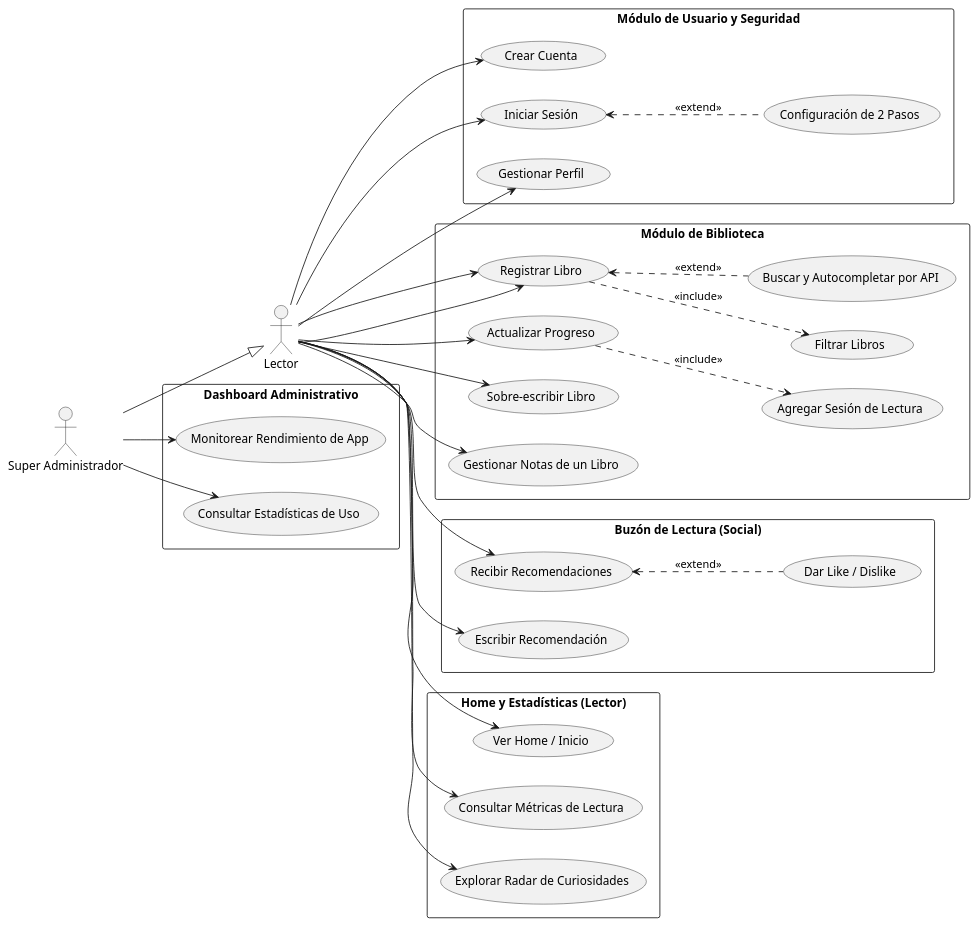
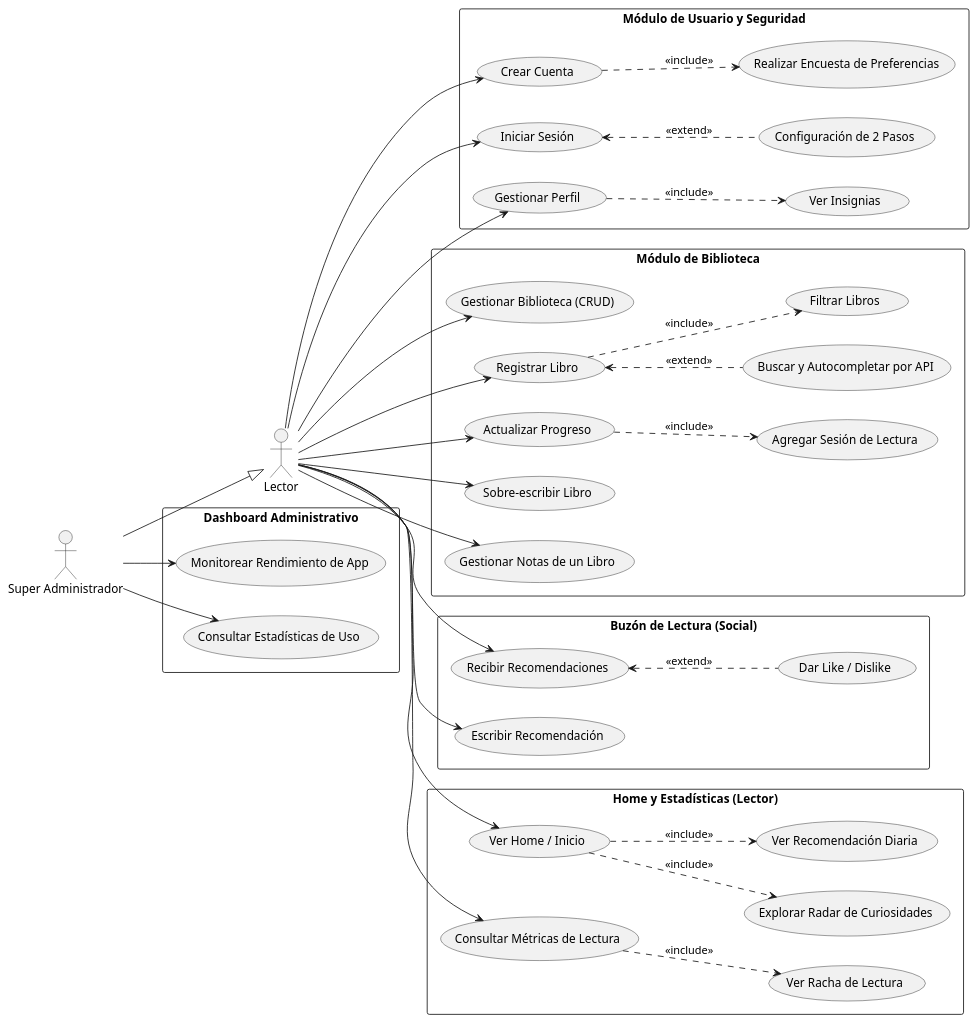
Before and after one commit to SoftFairies/documentacion: the diagram in diagramas/casos de uso/usecase.md, drawn with PlantUML. The commit also changed 2 other files, not shown here.

Commit message:
agregar la parte de los casos de uso

```diff
--- a/diagramas/casos de uso/usecase.md
+++ b/diagramas/casos de uso/usecase.md
@@ -5,33 +5,38 @@
 actor "Lector" as Lector
 actor "Super Administrador" as SuperAdmin
 
-' El Super Administrador puede hacer todo lo que hace el Lector
+' El Super Administrador hereda de Lector
 SuperAdmin --|> Lector
 
 package "Módulo de Usuario y Seguridad" {
     usecase "Crear Cuenta" as UC_User1
+    usecase "Realizar Encuesta de Preferencias" as UC_User_Pref
     usecase "Iniciar Sesión" as UC_User2
     usecase "Configuración de 2 Pasos" as UC_User3
     usecase "Gestionar Perfil" as UC_User4
+    usecase "Gestionar Perfil" as UC_User4
+    usecase "Ver Insignias" as UC_Gam_Insignias
 
     ' Relaciones
+    UC_User1 ..> UC_User_Pref : <<include>>
     UC_User2 <.. UC_User3 : <<extend>>
+    UC_User4 ..> UC_Gam_Insignias : <<include>>
 }
 
 package "Módulo de Biblioteca" {
-    usecase "Gestionar Biblioteca (CRUD)" as UC_Lib1
+    usecase "Gestionar Biblioteca (CRUD)" as UC_Lib0
+    usecase "Registrar Libro" as UC_Lib1
+    usecase "Buscar y Autocompletar por API" as UC_Lib_API
     usecase "Filtrar Libros" as UC_Lib2
     usecase "Agregar Sesión de Lectura" as UC_Lib3
     usecase "Actualizar Progreso" as UC_Lib4
     usecase "Sobre-escribir Libro" as UC_Lib5
     usecase "Gestionar Notas de un Libro" as UC_Lib6
 
-    usecase "Registrar Libro" as UC_Lib1
-    usecase "Buscar y Autocompletar por API" as UC_Lib_API
-
     ' Relaciones
     UC_Lib1 ..> UC_Lib2 : <<include>>
     UC_Lib4 ..> UC_Lib3 : <<include>>
+    UC_Lib1 <.. UC_Lib_API : <<extend>>
 }
 
 package "Buzón de Lectura (Social)" {
@@ -47,6 +52,13 @@
     usecase "Ver Home / Inicio" as UC_Home1
     usecase "Consultar Métricas de Lectura" as UC_Home2
     usecase "Explorar Radar de Curiosidades" as UC_Home3
+    usecase "Ver Recomendación Diaria" as UC_Home4
+    usecase "Ver Racha de Lectura" as UC_Gam_Racha
+
+    ' Relaciones de Inclusión
+    UC_Home1 ..> UC_Home3 : <<include>>
+    UC_Home1 ..> UC_Home4 : <<include>>
+    UC_Home2 ..> UC_Gam_Racha : <<include>>
 }
 
 package "Dashboard Administrativo" {
@@ -54,10 +66,11 @@
     usecase "Consultar Estadísticas de Uso" as UC_Admin2
 }
 
-' Asignación de permisos
+' Asignación de permisos (Lector)
 Lector --> UC_User1
 Lector --> UC_User2
 Lector --> UC_User4
+Lector --> UC_Lib0
 Lector --> UC_Lib1
 Lector --> UC_Lib4
 Lector --> UC_Lib5
@@ -66,13 +79,9 @@
 Lector --> UC_Buz3
 Lector --> UC_Home1
 Lector --> UC_Home2
-Lector --> UC_Home3
 
+' Asignación de permisos (Admin)
 SuperAdmin --> UC_Admin1
 SuperAdmin --> UC_Admin2
 
-Lector --> UC_Lib1
-UC_Lib1 <.. UC_Lib_API : <<extend>>
-
-
 @enduml
```
